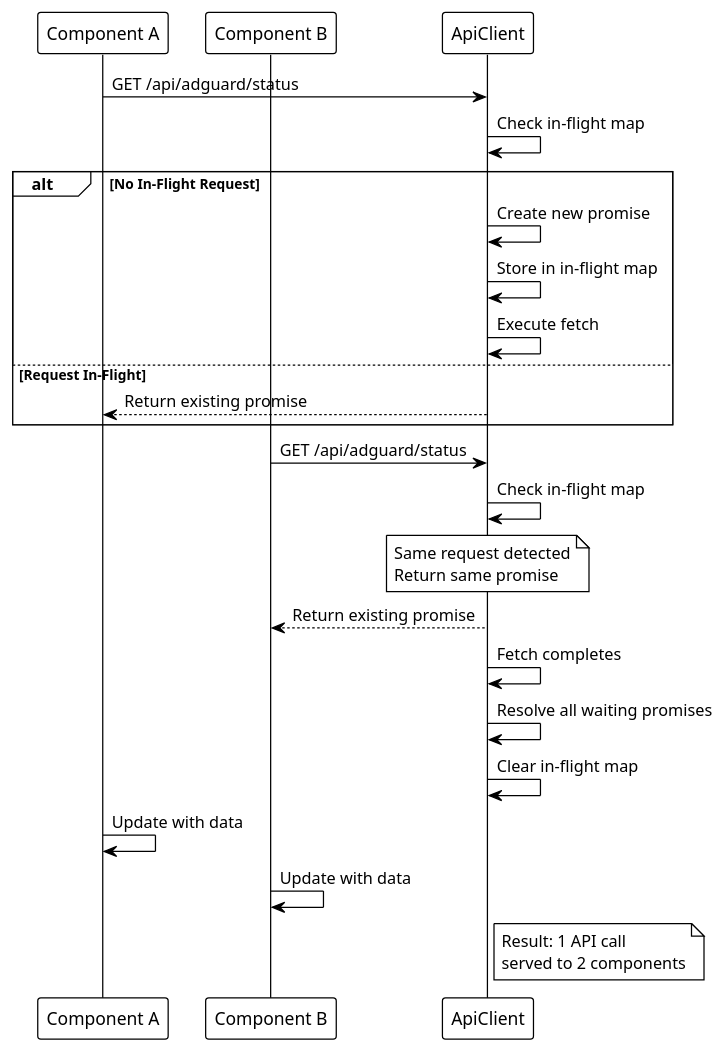
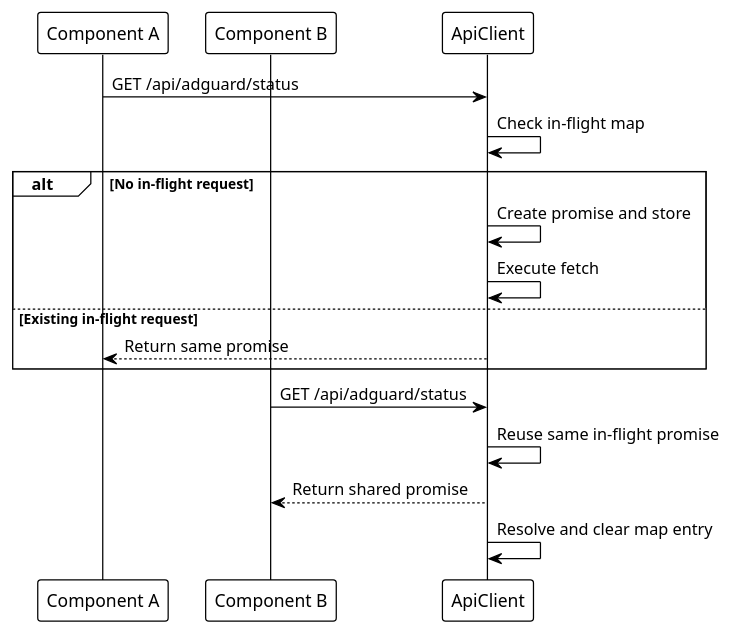
Before and after one commit to EraPartner/Watchman: the second of 3 diagrams in docs/adr/006-request-optimization-batching.md, drawn with PlantUML. The commit also changed other lines of this file and 33 other files, not shown here.

````diff
--- a/docs/adr/006-request-optimization-batching.md
+++ b/docs/adr/006-request-optimization-batching.md
@@ -113,42 +97,25 @@
 ```plantuml
 @startuml
 !theme plain
 
 participant "Component A" as A
 participant "Component B" as B
 participant "ApiClient" as API
 
 A -> API : GET /api/adguard/status
 API -> API : Check in-flight map
 
-alt No In-Flight Request
-    API -> API : Create new promise
-    API -> API : Store in in-flight map
+alt No in-flight request
+    API -> API : Create promise and store
     API -> API : Execute fetch
-else Request In-Flight
-    API --> A : Return existing promise
+else Existing in-flight request
+    API --> A : Return same promise
 end
 
 B -> API : GET /api/adguard/status
-API -> API : Check in-flight map
+API -> API : Reuse same in-flight promise
+API --> B : Return shared promise
 
-note over API
-  Same request detected
-  Return same promise
-end note
-
-API --> B : Return existing promise
-
-API -> API : Fetch completes
-API -> API : Resolve all waiting promises
-API -> API : Clear in-flight map
-
-A -> A : Update with data
-B -> B : Update with data
-
-note right of API
-  Result: 1 API call
-  served to 2 components
-end note
+API -> API : Resolve and clear map entry
 @enduml
 ```
````
